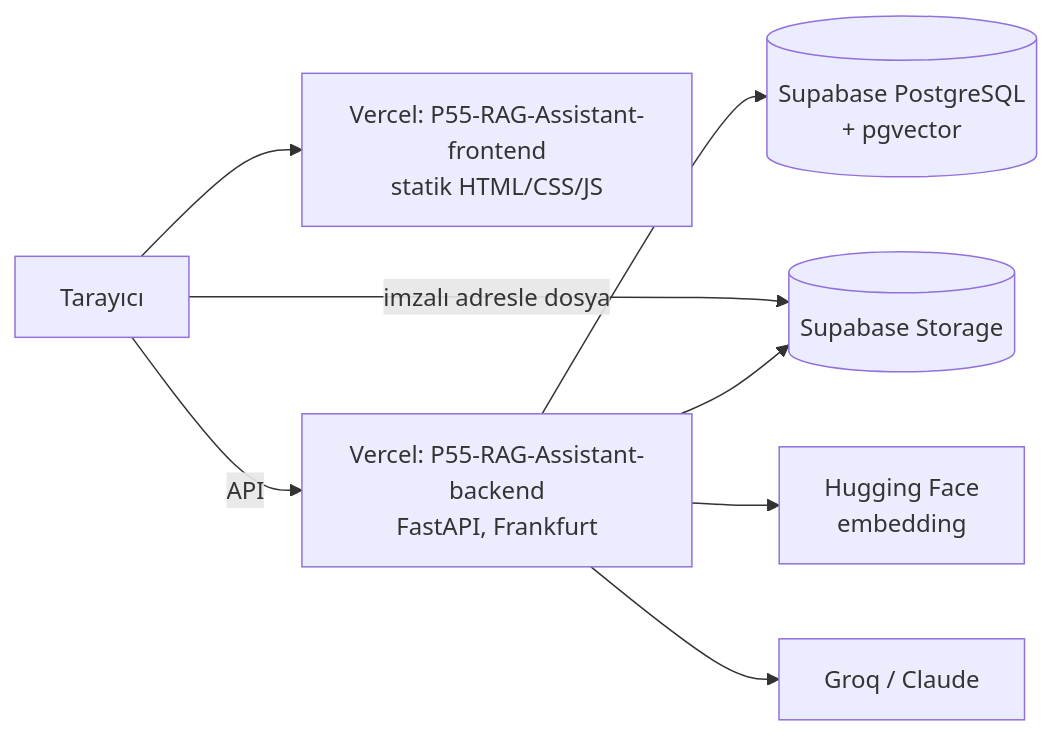
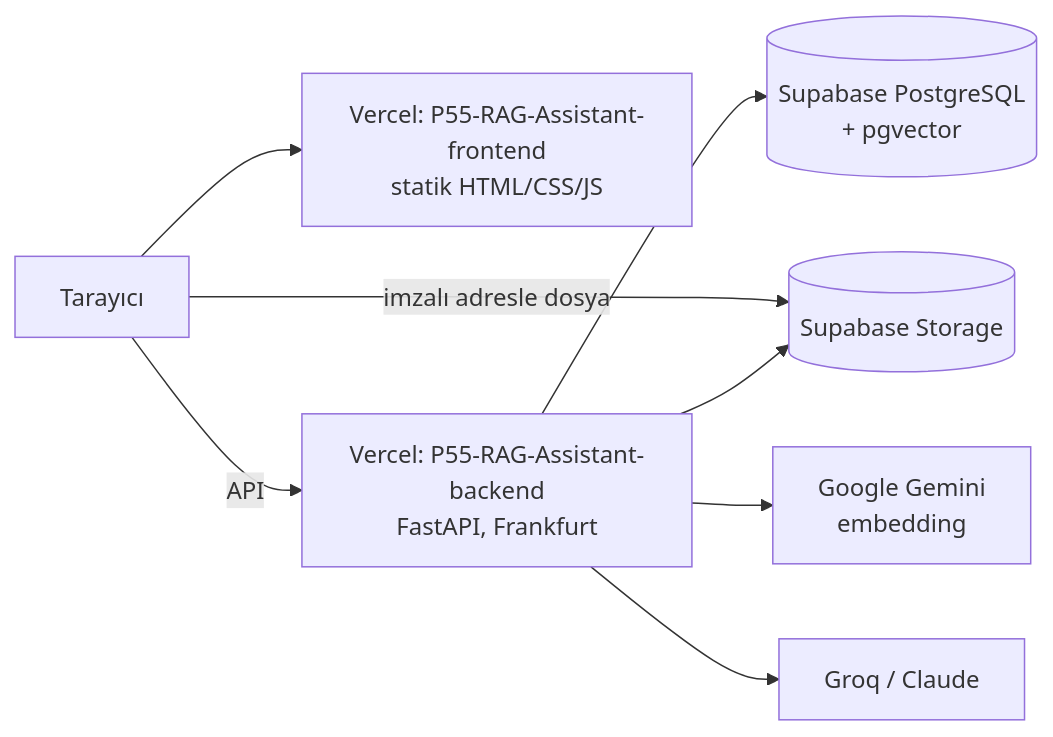
Before and after one commit to sametdogangun713-gif/P55-RAG-Assistant-backend: the second of 2 diagrams in docs/mimari.md, drawn with Mermaid. The commit also changed other lines of this file and 8 other files, not shown here.

````diff
--- a/docs/mimari.md
+++ b/docs/mimari.md
@@ -17,10 +17,10 @@
 ```mermaid
 flowchart LR
     U[Tarayıcı] --> FE[Vercel: P55-RAG-Assistant-frontend<br/>statik HTML/CSS/JS]
     U -->|API| BE[Vercel: P55-RAG-Assistant-backend<br/>FastAPI, Frankfurt]
     U -->|imzalı adresle dosya| ST[(Supabase Storage)]
     BE --> PG[(Supabase PostgreSQL<br/>+ pgvector)]
     BE --> ST
-    BE --> HF[Hugging Face<br/>embedding]
+    BE --> HF[Google Gemini<br/>embedding]
     BE --> LLM[Groq / Claude]
 ```
````
